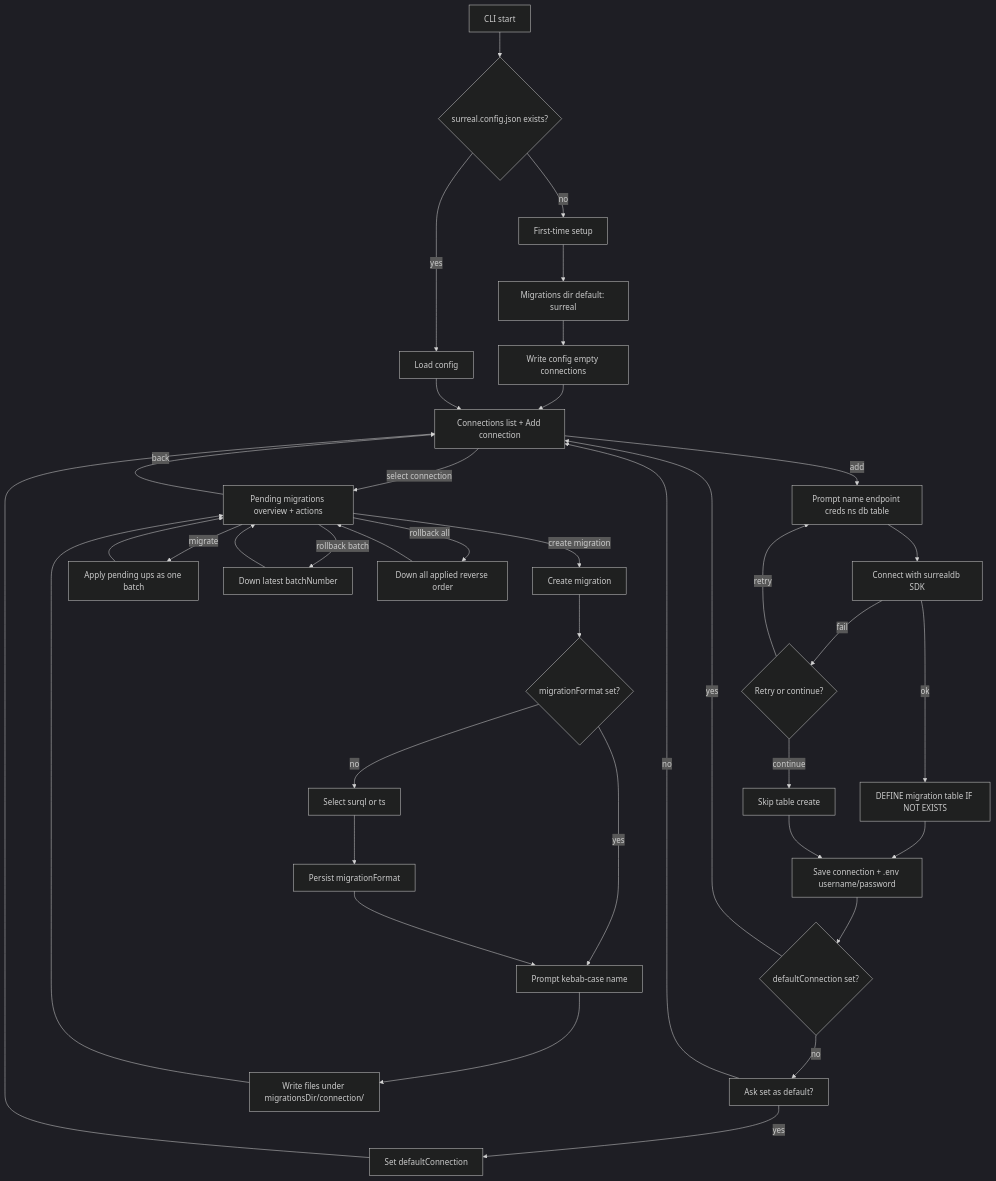
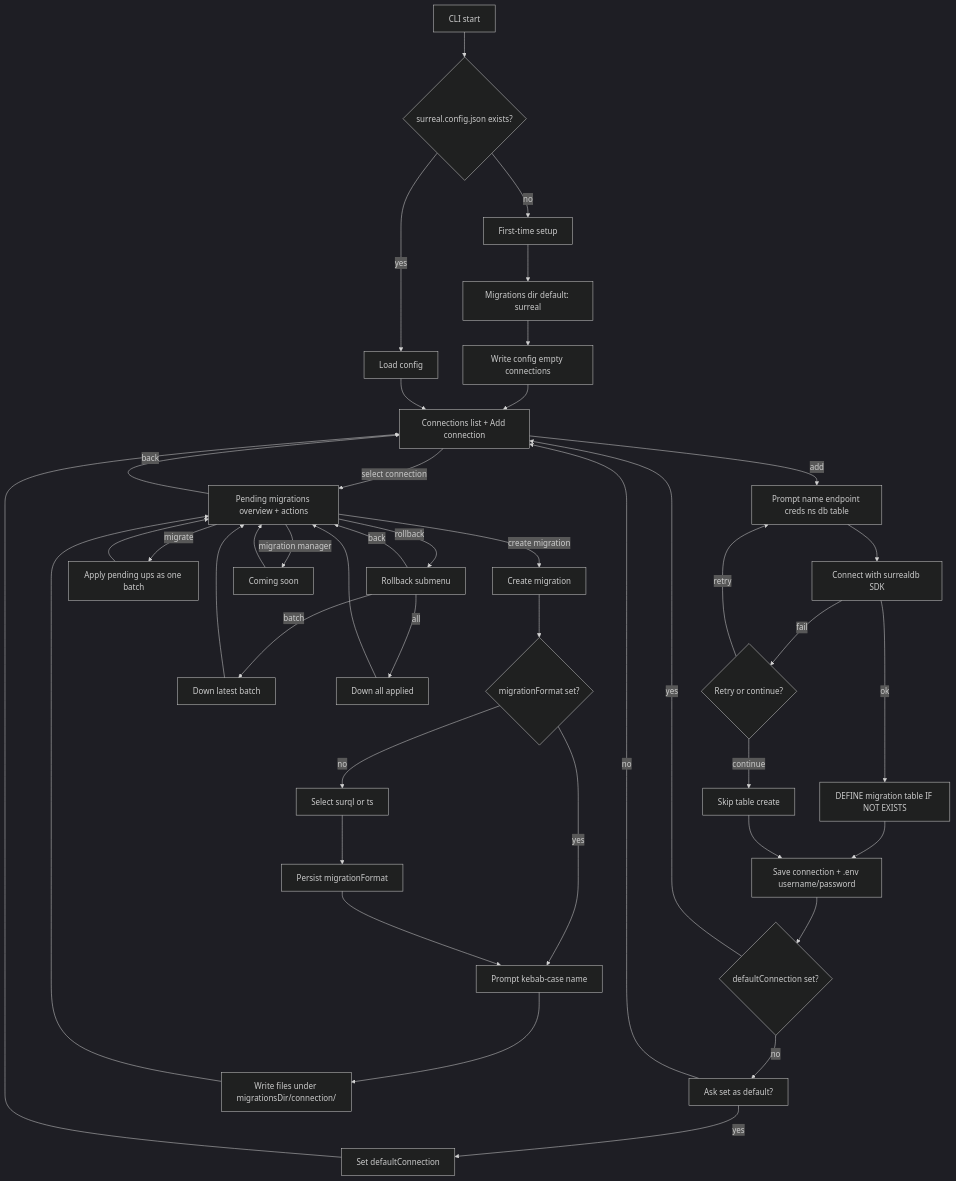
The diagram in docs/flow.md (sneakylenny/surreal-migrator), drawn with Mermaid (dark theme) before and after one commit. The commit also changed 3 other files, not shown here.

First line of the commit message:
feat: enhance rollback functionality in connection menu

````diff
--- a/docs/flow.md
+++ b/docs/flow.md
@@ -3,40 +3,44 @@
 ```mermaid
 flowchart TD
   start[CLI start] --> hasConfig{surreal.config.json exists?}
   hasConfig -->|no| setup[First-time setup]
   setup --> pathPrompt["Migrations dir default: surreal"]
   pathPrompt --> saveConfig["Write config empty connections"]
   hasConfig -->|yes| loadConfig[Load config]
   saveConfig --> connectionsMenu
   loadConfig --> connectionsMenu[Connections list + Add connection]
   connectionsMenu -->|select connection| connectionMenu[Pending migrations overview + actions]
   connectionsMenu -->|add| addConn["Prompt name endpoint creds ns db table"]
   addConn --> verify[Connect with surrealdb SDK]
   verify -->|ok| ensureTable["DEFINE migration table IF NOT EXISTS"]
   verify -->|fail| retryOrContinue{Retry or continue?}
   retryOrContinue -->|retry| addConn
   retryOrContinue -->|continue| skipTable[Skip table create]
   ensureTable --> saveConn["Save connection + .env username/password"]
   skipTable --> saveConn
   saveConn --> hasDefault{defaultConnection set?}
   hasDefault -->|no| askDefault["Ask set as default?"]
   askDefault -->|yes| setDefault[Set defaultConnection]
   askDefault -->|no| connectionsMenu
   setDefault --> connectionsMenu
   hasDefault -->|yes| connectionsMenu
   connectionMenu -->|create migration| createMig[Create migration]
   createMig --> hasFormat{migrationFormat set?}
   hasFormat -->|no| pickFormat["Select surql or ts"]
   pickFormat --> saveFormat[Persist migrationFormat]
   hasFormat -->|yes| namePrompt
   saveFormat --> namePrompt["Prompt kebab-case name"]
   namePrompt --> writeFiles["Write files under migrationsDir/connection/"]
   writeFiles --> connectionMenu
   connectionMenu -->|migrate| migrateUp["Apply pending ups as one batch"]
-  connectionMenu -->|rollback batch| rollbackBatch["Down latest batchNumber"]
-  connectionMenu -->|rollback all| rollbackAll["Down all applied reverse order"]
+  connectionMenu -->|rollback| rollbackMenu[Rollback submenu]
+  rollbackMenu -->|batch| rollbackBatch["Down latest batch"]
+  rollbackMenu -->|all| rollbackAll["Down all applied"]
+  rollbackMenu -->|back| connectionMenu
+  connectionMenu -->|migration manager| manager["Coming soon"]
   migrateUp --> connectionMenu
   rollbackBatch --> connectionMenu
   rollbackAll --> connectionMenu
+  manager --> connectionMenu
   connectionMenu -->|back| connectionsMenu
 ```
````
